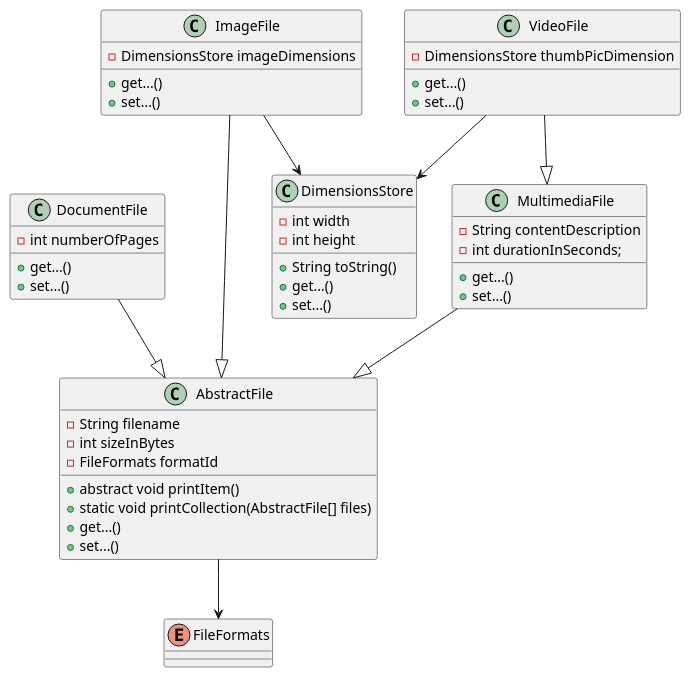
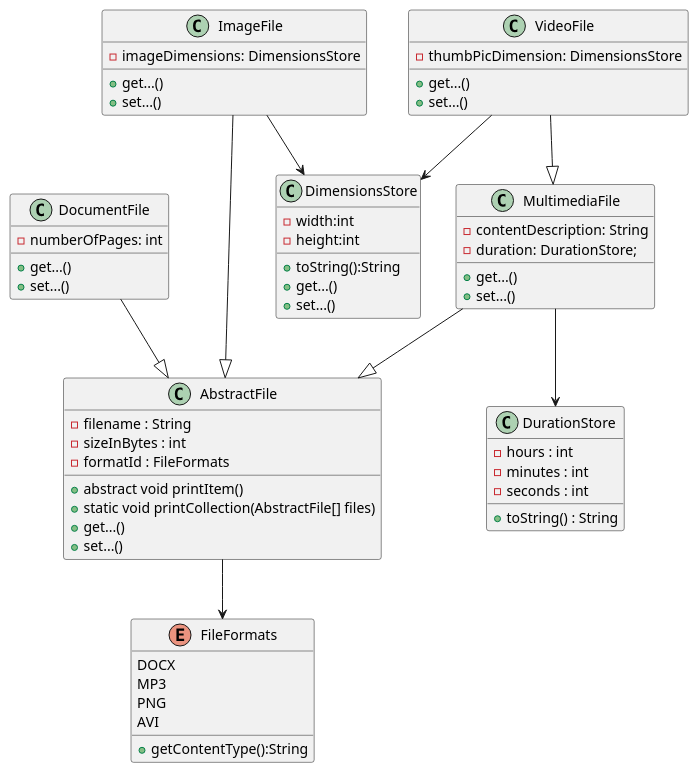
The diagram in practices/consoledemo/src/ru/avalon/javapp/devj110/filedemo/classes.puml (avikulin/avalon-java), drawn with PlantUML before and after one commit. The commit also changed 6 other files, not shown here.

```diff
--- a/practices/consoledemo/src/ru/avalon/javapp/devj110/filedemo/classes.puml
+++ b/practices/consoledemo/src/ru/avalon/javapp/devj110/filedemo/classes.puml
@@ -1,50 +1,77 @@
 @startuml
-class AbstractFile
-class DimensionsStore
-class DocumentFile
-class ImageFile
-class MultimediaFile
-class VideoFile
-enum FileFormats
+
+enum FileFormats{
+    DOCX
+    MP3
+    PNG
+    AVI
+
++getContentType():String
+}
+
+
+class DimensionsStore {
+-width:int
+-height:int
++toString():String
++get...()
++set...()
+}
+
+class DurationStore{
+-hours : int
+-minutes : int
+-seconds : int
++toString() : String
+}
+
+class AbstractFile {
+ -filename : String
+ -sizeInBytes : int
+ -formatId : FileFormats
+ +abstract void printItem()
+ +static void printCollection(AbstractFile[] files)
+ +get...()
+ +set...()
+}
+
+class DocumentFile{
+-numberOfPages: int
++get...()
++set...()
+}
+
+class ImageFile{
+ -imageDimensions: DimensionsStore
++get...()
++set...()
+}
+
+class MultimediaFile{
+-contentDescription: String
+-duration: DurationStore;
++get...()
++set...()
+}
+
+class VideoFile{
+-thumbPicDimension: DimensionsStore
++get...()
++set...()
+}
+
+AbstractFile --> FileFormats
 
 DocumentFile --|> AbstractFile
+
 ImageFile --|> AbstractFile
+ImageFile --> DimensionsStore
+
 MultimediaFile --|> AbstractFile
+MultimediaFile --> DurationStore
+
 VideoFile --|> MultimediaFile
+VideoFile --> DimensionsStore
 
-ImageFile --> DimensionsStore
-VideoFile --> DimensionsStore
-AbstractFile --> FileFormats
-
-DimensionsStore : -int width
-DimensionsStore : -int height
-DimensionsStore : +String toString()
-DimensionsStore : +get...()
-DimensionsStore : +set...()
-
-AbstractFile : -String filename
-AbstractFile : -int sizeInBytes
-AbstractFile : -FileFormats formatId
-AbstractFile : +abstract void printItem()
-AbstractFile : +static void printCollection(AbstractFile[] files)
-AbstractFile : +get...()
-AbstractFile : +set...()
-
-DocumentFile : - int numberOfPages
-DocumentFile : +get...()
-DocumentFile : +set...()
-
-ImageFile : -DimensionsStore imageDimensions
-ImageFile : +get...()
-ImageFile : +set...()
-
-MultimediaFile : -String contentDescription
-MultimediaFile : -int durationInSeconds;
-MultimediaFile : +get...()
-MultimediaFile : +set...()
-
-VideoFile : -DimensionsStore thumbPicDimension
-VideoFile : +get...()
-VideoFile : +set...()
 
 @enduml
```
